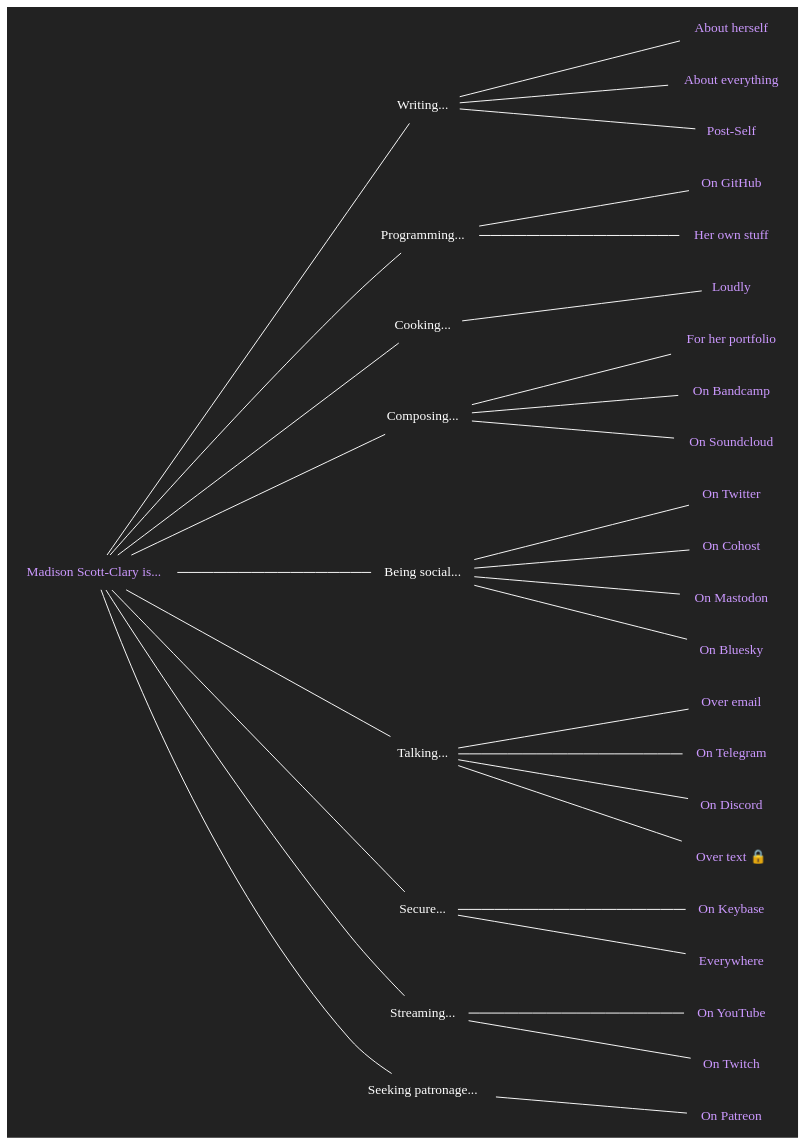
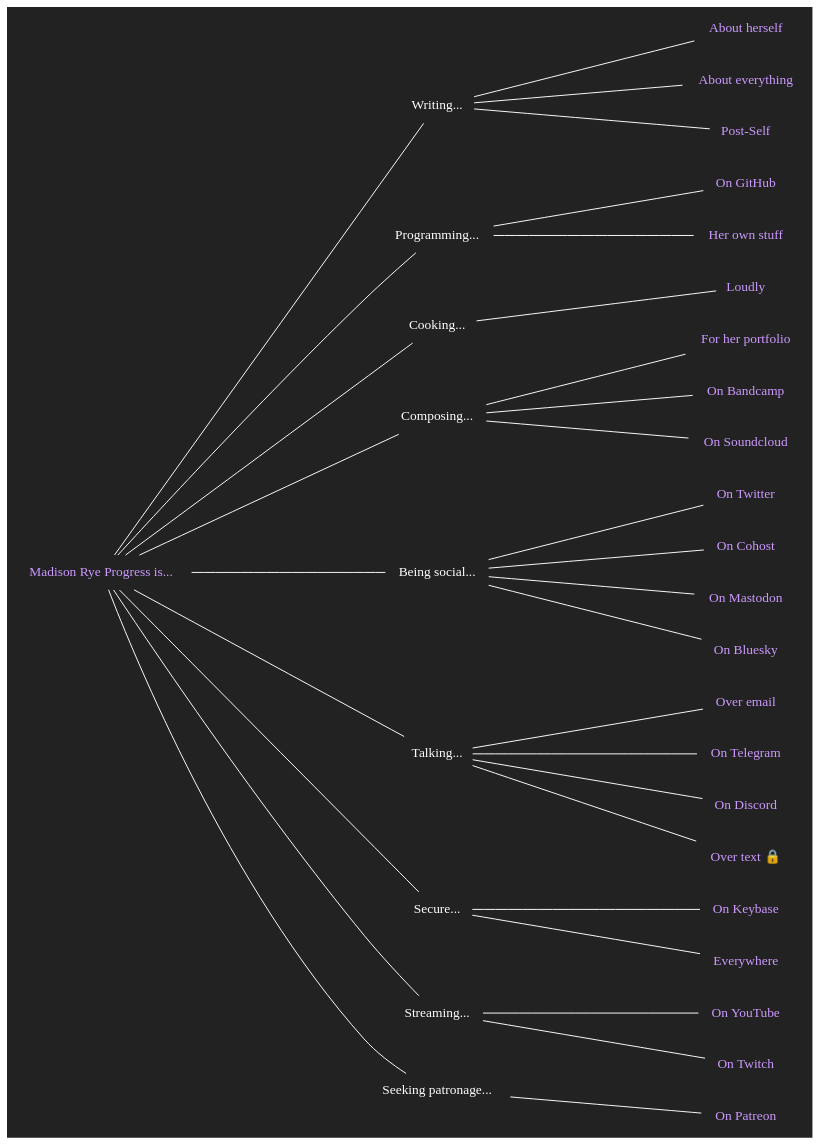
Before and after one commit to makyo/makyo.is: the diagram in is.dot, drawn with Graphviz. The commit also changed 1 other file, not shown here.

```diff
--- a/is.dot
+++ b/is.dot
@@ -1,74 +1,74 @@
 graph is {
     node[shape="none",fontcolor="#ffffff",color="#ffffff",fontname="Ubuntu"]
     edge[color="#ffffff"]
     graph[bgcolor="#222222",label="",margin="0",rankdir="LR",ranksep=2.5]
 
-    copula [label="Madison Scott-Clary is...",fontcolor="#cc99ff",href="https://drab-makyo.com"]
+    copula [label="Madison Rye Progress is...",fontcolor="#cc99ff",href="https://drab-makyo.com"]
 
     writing [label="Writing..."]
     /* writing_anything [label="Anything",fontcolor="#cc99ff",href="https://writing.drab-makyo.com"] 
      */
     writing_ally [label="About herself",fontcolor="#cc99ff",href="https://ally.id"]
     writing_portfolio [label="About everything",fontcolor="#cc99ff",href="https://makyo.ink"]
     writing_postself [label="Post-Self",fontcolor="#cc99ff",href="https://post-self.ink"]
     copula -- writing -- { /* writing_anything, */ writing_ally, writing_portfolio, writing_postself }
 
     /*photography [label="Taking pictures..."]
     photography_flickr [label="On Flickr",fontcolor="#cc99ff",href="https://flickr.com/photos/ranna"]
     photography_portfolio [label="For her portfolio",fontcolor="#cc99ff",href="https://makyo.photography"]
     copula -- photography -- { photography_flickr, photography_portfolio }*/
 
     programming [label="Programming..."]
     programming_github [label="On GitHub",fontcolor="#cc99ff",href="https://github.com/makyo"]
     /* programming_launchpad [label="On Launchpad",fontcolor="#cc99ff",href="https://launchpad.net/~makyo"]
      */
     programming_personal [label="Her own stuff",fontcolor="#cc99ff",href="https://makyo.dev"]
     copula -- programming -- { programming_github, /*programming_launchpad,*/ programming_personal }
 
     cooking [label="Cooking..."]
     /*cooking_quietly [label="Quietly",fontcolor="#cc99ff",href="https://makyo.cooking"]
      */
     cooking_loudly [label="Loudly",fontcolor="#cc99ff",href="https://twitter.com/loudfood"]
     copula -- cooking -- { /*cooking_quietly,*/ cooking_loudly }
 
     composing [label="Composing..."]
     composing_portfolio [label="For her portfolio",fontcolor="#cc99ff",href="https://sounds.drab-makyo.com"]
     composing_bandcamp [label="On Bandcamp",fontcolor="#cc99ff",href="https://drab-makyo.bandcamp.com"]
     composing_soundcloud [label="On Soundcloud",fontcolor="#cc99ff",href="https://soundcloud.com/drabmakyo"]
     copula -- composing -- { composing_portfolio, composing_bandcamp, composing_soundcloud }
 
     social [label="Being social..."]
     social_twitter [label="On Twitter",fontcolor="#cc99ff",href="https://twitter.com/makyo_writes"]
     social_cohost [label="On Cohost",fontcolor="#cc99ff",href="https://cohost.org/makyo"]
     social_mastodon [label="On Mastodon",fontcolor="#cc99ff",href="https://awoo.space/@makyo"]
     social_bluesky [label="On Bluesky",fontcolor="#cc99ff",href="https://bsky.app/profile/makyo.bsky.social"]
     copula -- social -- { social_twitter, social_mastodon, social_cohost, social_bluesky }
 
     talking [label="Talking..."]
     talking_email [label="Over email",fontcolor="#cc99ff",href="mailto:makyo@drab-makyo.com"]
     talking_telegram [label="On Telegram",fontcolor="#cc99ff",href="https://t.me/DrabMakyo"]
     talking_discord [label="On Discord",fontcolor="#cc99ff",href="https://discord.com/users/Makyo#7093",title="Makyo#7093"]
     /*talking_matrix [label="On Matrix",fontcolor="#cc99ff",href="https://matrix.to/#/@makyo:drab-makyo.com"]
     talking_wire [label="On Wire",fontcolor="#cc99ff",href="/wire",title="@makyo"]*/
     talking_phone [label="Over text 🔒 ",fontcolor="#cc99ff",href="tel:3038185943"]
     copula -- talking -- { talking_email, talking_telegram, talking_discord, talking_phone /*, talking_matrix, talking_wire*/ }
 
     /*working [label="Working..."]
     working_digitalocean [label="At DigitalOcean",fontcolor="#cc99ff",href="https://digitalocean.com"]
     working_hybrid [label="At Hybrid Ink, LLC",fontcolor="#cc99ff",href="https://hybrid.ink"] 
     copula -- working -- { working_hybrid, working_digitalocean }*/
 
     secure [label="Secure..."]
     secure_keybase [label="On Keybase",fontcolor="#cc99ff",href="https://keybase.io/makyo"]
     secure_everywhere [label="Everywhere",fontcolor="#cc99ff",href="https://drab-makyo.com/pgp"]
     copula -- secure -- { secure_everywhere, secure_keybase }
 
     playing [label="Streaming..."]
     playing_youtube [label="On YouTube",fontcolor="#cc99ff",href="https://www.youtube.com/@ephahvix"]
     playing_twitch [label="On Twitch",fontcolor="#cc99ff",href="https://twitch.tv/ephahvix"]
     copula -- playing -- { playing_youtube, playing_twitch }
 
     patron [label="Seeking patronage..."]
     patron_patreon [label="On Patreon",fontcolor="#cc99ff",href="https://patreon.com/makyo"]
     copula -- patron -- { patron_patreon }
 }
```
